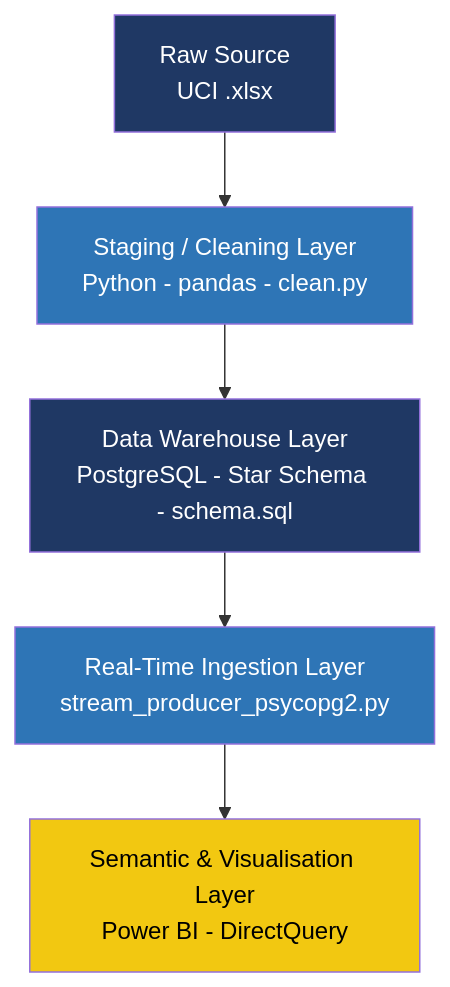
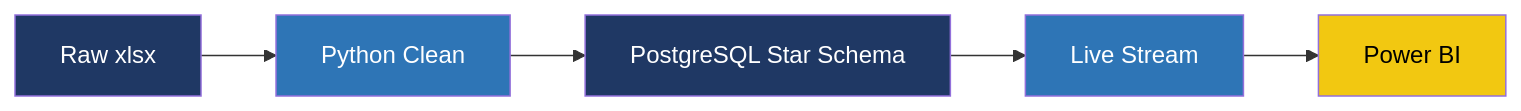
Before and after one commit to nathgaurav882-max/RetailPulse: the diagram in README.md, drawn with Mermaid.

Commit message:
Revise flowchart format and labels in README
Updated the flowchart to a more concise format and simplified labels.

````diff
--- a/README.md
+++ b/README.md
@@ -20,13 +20,13 @@
 ```mermaid
-flowchart TD
-    A[Raw Source<br/>UCI .xlsx] --> B[Staging / Cleaning Layer<br/>Python - pandas - clean.py]
-    B --> C[Data Warehouse Layer<br/>PostgreSQL - Star Schema - schema.sql]
-    C --> D[Real-Time Ingestion Layer<br/>stream_producer_psycopg2.py]
-    D --> E[Semantic & Visualisation Layer<br/>Power BI - DirectQuery]
+flowchart LR
+    A[Raw xlsx] --> B[Python Clean]
+    B --> C[PostgreSQL Star Schema]
+    C --> D[Live Stream]
+    D --> E[Power BI]
 
     style A fill:#1F3864,color:#fff
     style B fill:#2E75B6,color:#fff
     style C fill:#1F3864,color:#fff
     style D fill:#2E75B6,color:#fff
     style E fill:#F2C811,color:#000
 ```
````
